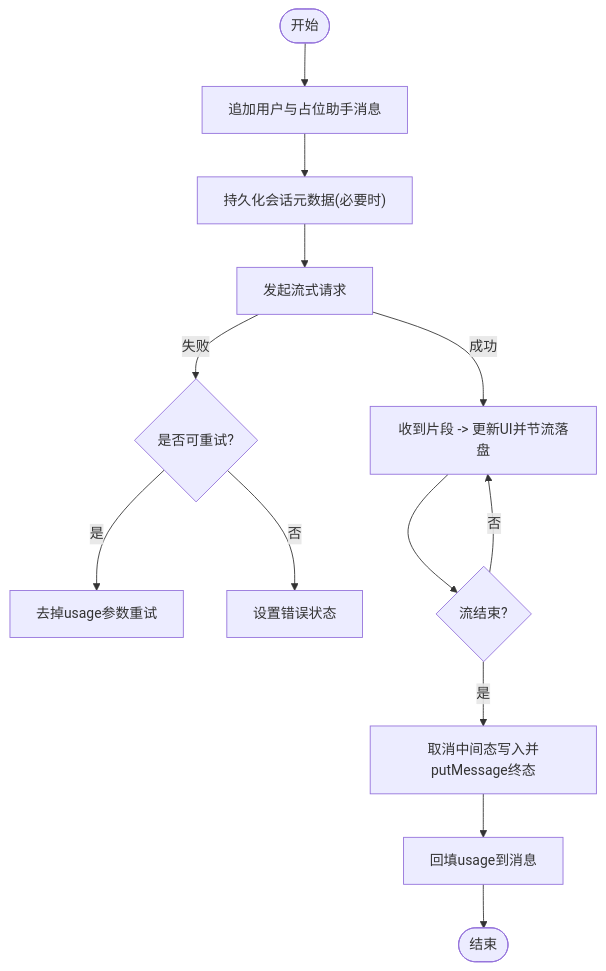
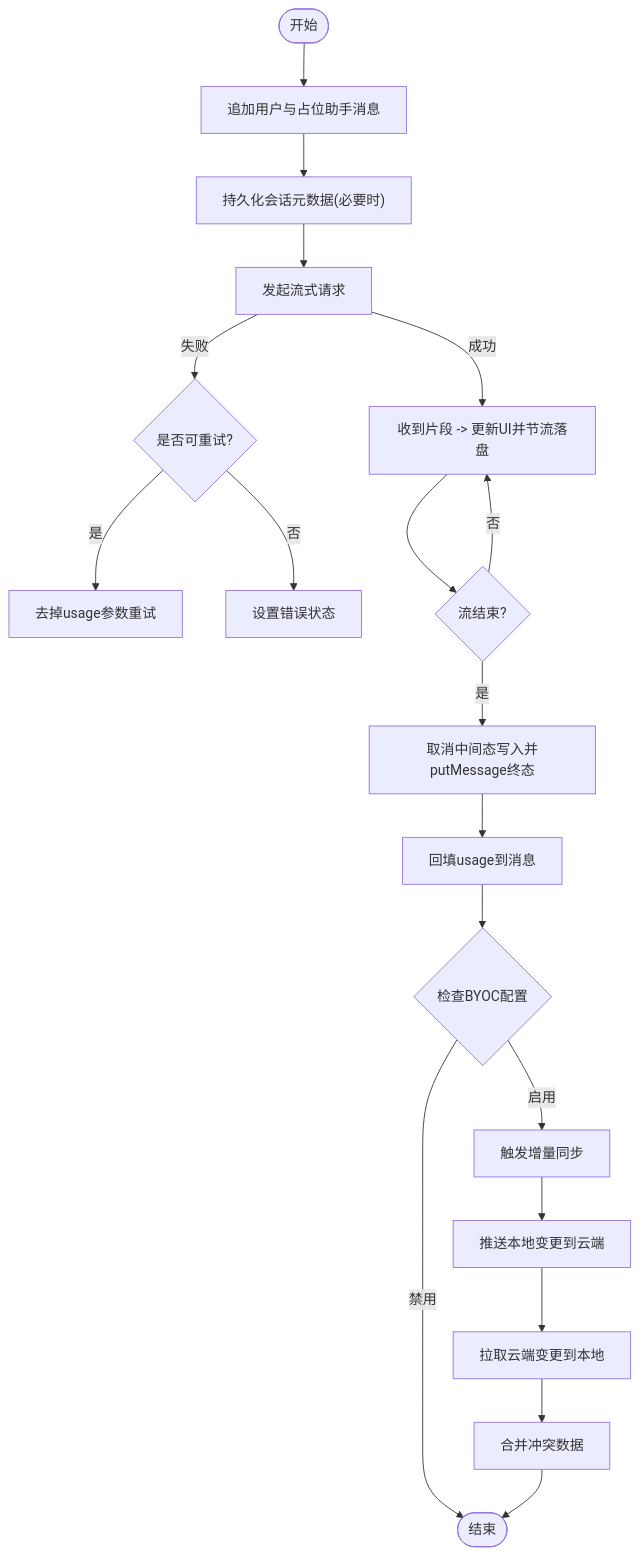
One commit to billye220670/AIShop changed the third of 6 diagrams in .qoder/repowiki/zh/content/架构设计/数据流设计/数据同步机制.md. Above: the diagram before and after it, drawn with Mermaid. The commit also changed other lines of this file and 42 other files, not shown here.

````diff
--- a/.qoder/repowiki/zh/content/架构设计/数据流设计/数据同步机制.md
+++ b/.qoder/repowiki/zh/content/架构设计/数据流设计/数据同步机制.md
@@ -123,15 +172,21 @@
 ```mermaid
 flowchart TD
 Start(["开始"]) --> Append["追加用户与占位助手消息"]
 Append --> PersistMeta["持久化会话元数据(必要时)"]
 PersistMeta --> StreamReq["发起流式请求"]
 StreamReq --> |成功| OnChunk["收到片段 -> 更新UI并节流落盘"]
 StreamReq --> |失败| Retry{"是否可重试?"}
 Retry --> |是| ReSend["去掉usage参数重试"]
 Retry --> |否| SetError["设置错误状态"]
 OnChunk --> Done{"流结束?"}
 Done --> |否| OnChunk
 Done --> |是| FinalWrite["取消中间态写入并putMessage终态"]
 FinalWrite --> Usage["回填usage到消息"]
-Usage --> End(["结束"])
+Usage --> SyncCheck{"检查BYOC配置"}
+SyncCheck --> |启用| ByocSync["触发增量同步"]
+SyncCheck --> |禁用| End(["结束"])
+ByocSync --> PushLocal["推送本地变更到云端"]
+PushLocal --> PullRemote["拉取云端变更到本地"]
+PullRemote --> Merge["合并冲突数据"]
+Merge --> End
 ```
````
